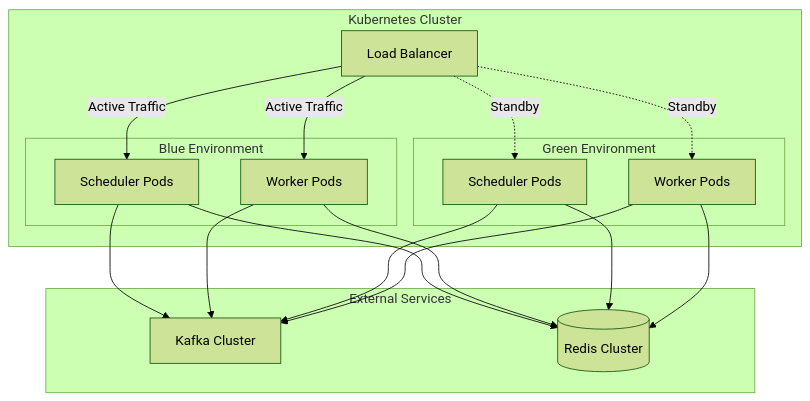
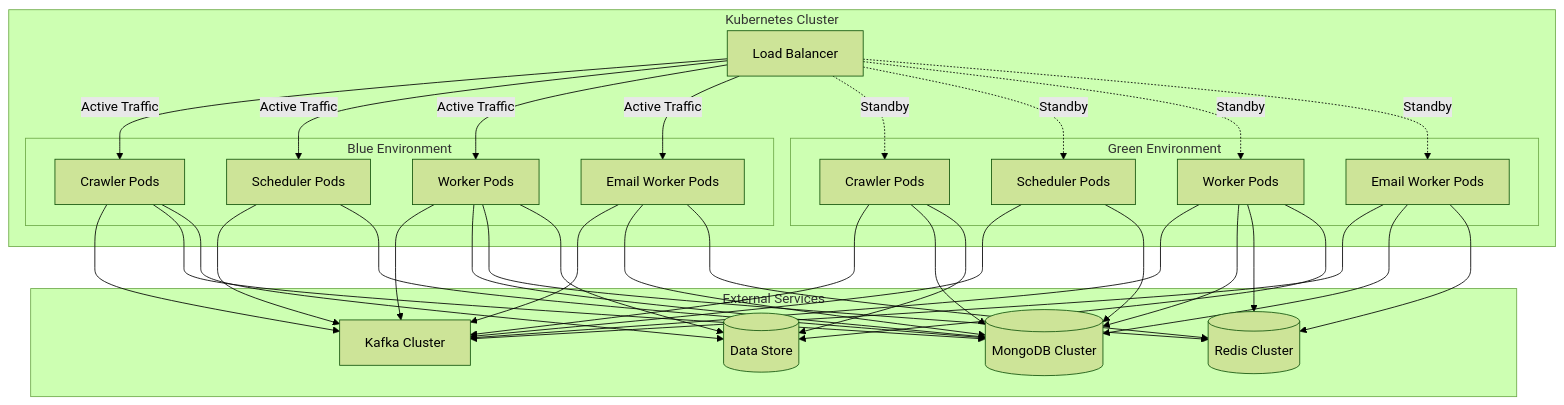
One commit to jaemanc/alarm_news changed the second of 2 diagrams in .kiro/specs/alarm-news/design.md. Above: the diagram before and after it, drawn with Mermaid (forest theme). The commit also changed other lines of this file and 42 other files, not shown here.

````diff
--- a/.kiro/specs/alarm-news/design.md
+++ b/.kiro/specs/alarm-news/design.md
@@ -112,27 +196,35 @@
 ```mermaid
 graph TB
     subgraph "Kubernetes Cluster"
         subgraph "Blue Environment"
+            BC[Crawler Pods]
             BS[Scheduler Pods]
             BW[Worker Pods]
+            BE[Email Worker Pods]
         end
         
         subgraph "Green Environment"
+            GC[Crawler Pods]
             GS[Scheduler Pods]
             GW[Worker Pods]
+            GE[Email Worker Pods]
         end
         
         LB[Load Balancer]
         
-        LB -->|Active Traffic| BS & BW
-        LB -.->|Standby| GS & GW
+        LB -->|Active Traffic| BC & BS & BW & BE
+        LB -.->|Standby| GC & GS & GW & GE
     end
     
     subgraph "External Services"
         KAFKA[Kafka Cluster]
+        MONGO[(MongoDB Cluster)]
         REDIS[(Redis Cluster)]
+        DATASTORE[(Data Store)]
     end
     
-    BS & BW & GS & GW --> KAFKA
-    BS & BW & GS & GW --> REDIS
+    BC & BS & BW & BE & GC & GS & GW & GE --> KAFKA
+    BC & BS & BW & BE & GC & GS & GW & GE --> MONGO
+    BW & BE & GW & GE --> REDIS
+    BC & BW & GC & GW --> DATASTORE
 ```
````
